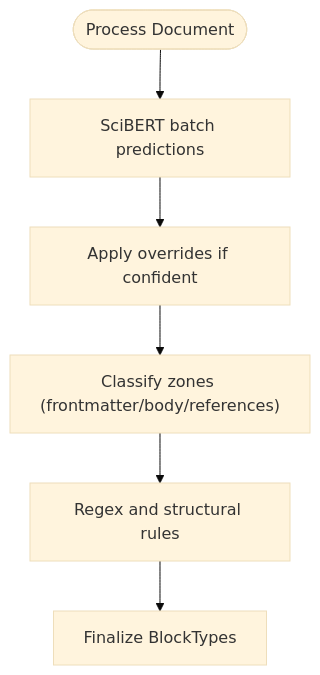
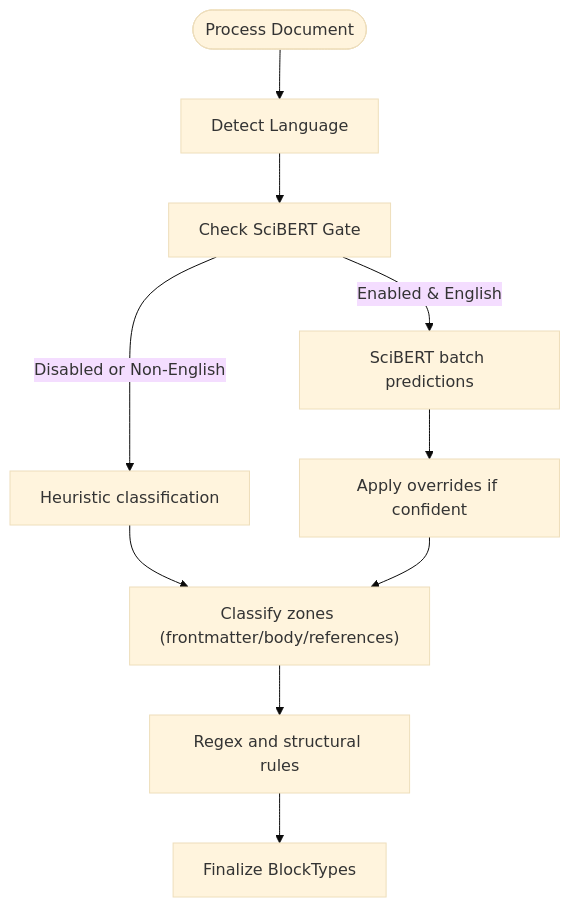
Before and after one commit to rohitkumarnaidu/-Auto-AI-Automated-Academic-Docx-Manuscript-Formatter: diagram 11 of 12 in .qoder/repowiki/en/content/AI_ML Integration/AI_ML Integration.md, drawn with Mermaid (base theme). The commit also changed other lines of this file and 6 other files, not shown here.

````diff
--- a/.qoder/repowiki/en/content/AI_ML Integration/AI_ML Integration.md
+++ b/.qoder/repowiki/en/content/AI_ML Integration/AI_ML Integration.md
@@ -274,8 +424,12 @@
 ```mermaid
 flowchart TD
-Start(["Process Document"]) --> Scibert["SciBERT batch predictions"]
+Start(["Process Document"]) --> DetectLang["Detect Language"]
+DetectLang --> CheckSciBERT["Check SciBERT Gate"]
+CheckSciBERT --> |Enabled & English| Scibert["SciBERT batch predictions"]
+CheckSciBERT --> |Disabled or Non-English| Heuristic["Heuristic classification"]
 Scibert --> Apply["Apply overrides if confident"]
-Apply --> Zones["Classify zones (frontmatter/body/references)"]
+Heuristic --> Zones["Classify zones (frontmatter/body/references)"]
+Apply --> Zones
 Zones --> Regex["Regex and structural rules"]
 Regex --> Finalize["Finalize BlockTypes"]
 ```
````
